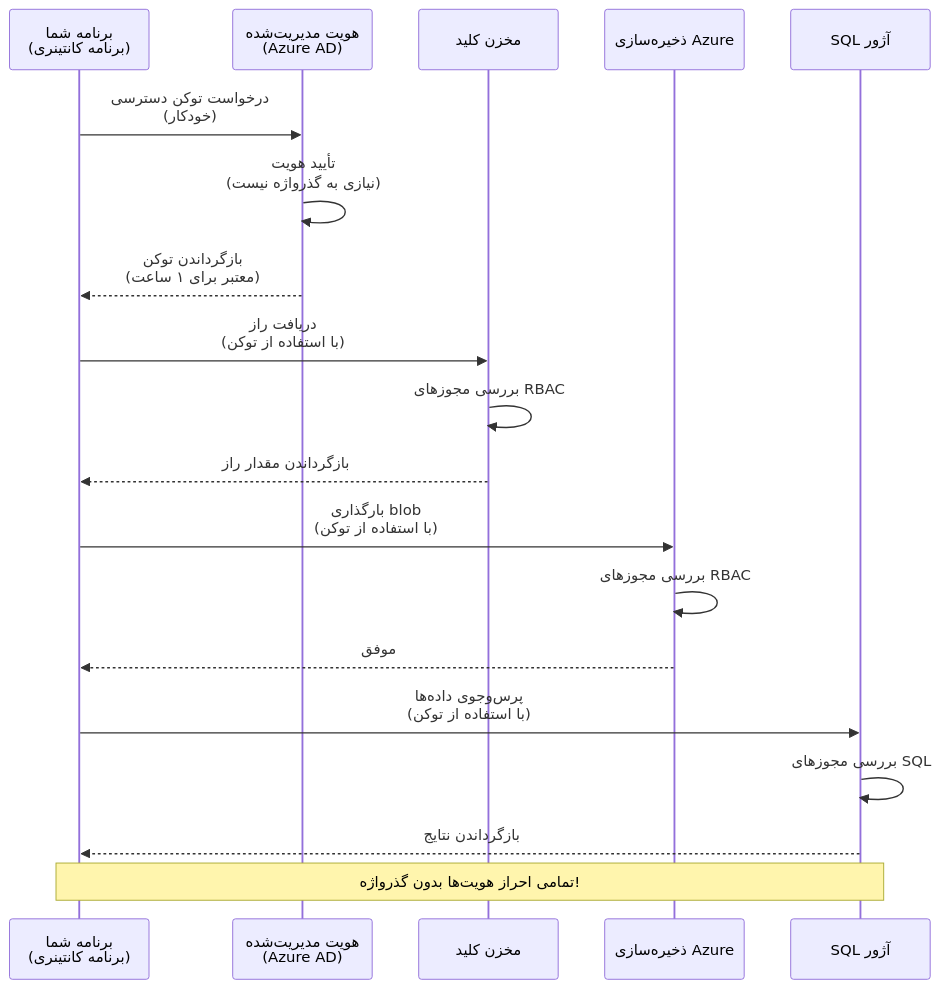
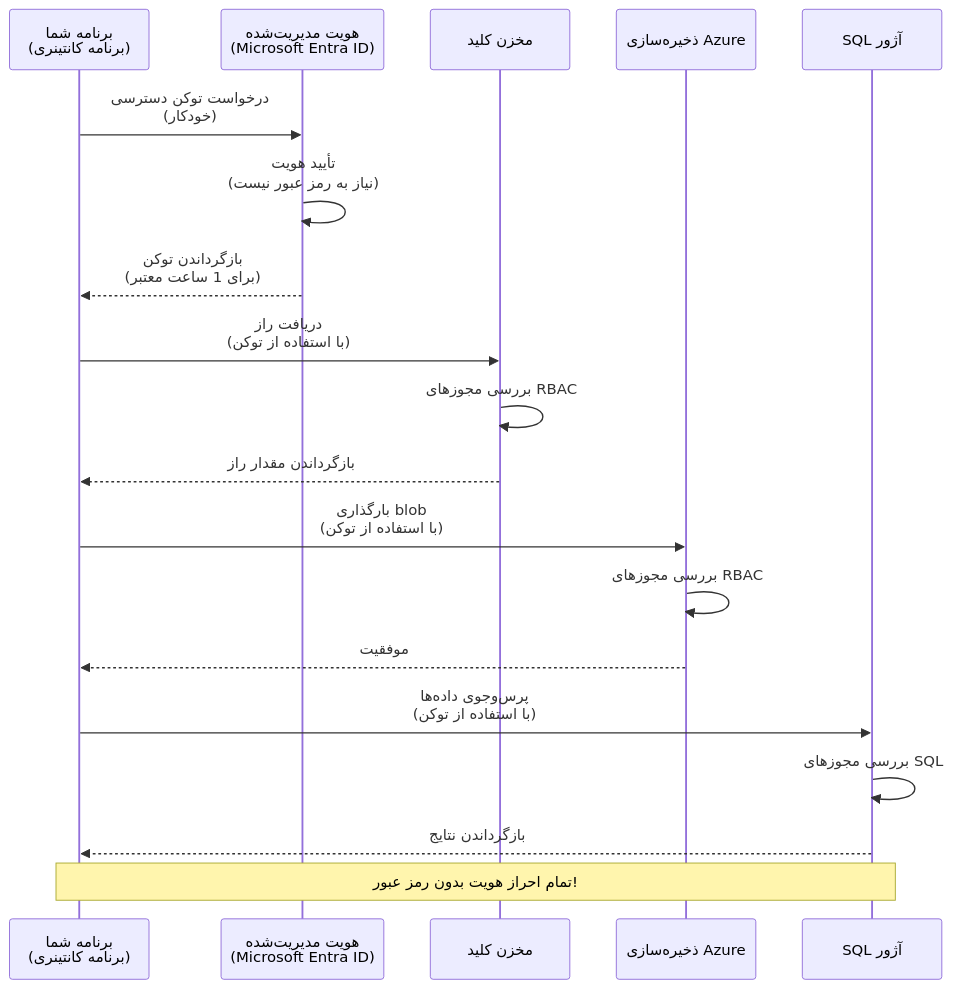
The first of 2 diagrams in translations/fa/docs/chapter-03-configuration/authsecurity.md (microsoft/AZD-for-beginners), drawn with Mermaid before and after one commit. The commit also changed other lines of this file and 104 other files, not shown here.

````diff
--- a/translations/fa/docs/chapter-03-configuration/authsecurity.md
+++ b/translations/fa/docs/chapter-03-configuration/authsecurity.md
@@ -69,26 +69,26 @@
 ```mermaid
 sequenceDiagram
     participant App as برنامه شما<br/>(برنامه کانتینری)
-    participant MI as هویت مدیریت‌شده<br/>(Azure AD)
+    participant MI as هویت مدیریت‌شده<br/>(Microsoft Entra ID)
     participant KV as مخزن کلید
     participant Storage as ذخیره‌سازی Azure
     participant DB as SQL آژور
     
     App->>MI: درخواست توکن دسترسی<br/>(خودکار)
-    MI->>MI: تأیید هویت<br/>(نیازی به گذرواژه نیست)
-    MI-->>App: بازگرداندن توکن<br/>(معتبر برای ۱ ساعت)
+    MI->>MI: تأیید هویت<br/>(نیاز به رمز عبور نیست)
+    MI-->>App: بازگرداندن توکن<br/>(برای 1 ساعت معتبر)
     
     App->>KV: دریافت راز<br/>(با استفاده از توکن)
     KV->>KV: بررسی مجوزهای RBAC
     KV-->>App: بازگرداندن مقدار راز
     
     App->>Storage: بارگذاری blob<br/>(با استفاده از توکن)
     Storage->>Storage: بررسی مجوزهای RBAC
-    Storage-->>App: موفق
+    Storage-->>App: موفقیت
     
     App->>DB: پرس‌وجوی داده‌ها<br/>(با استفاده از توکن)
     DB->>DB: بررسی مجوزهای SQL
     DB-->>App: بازگرداندن نتایج
     
-    Note over App,DB: تمامی احراز هویت‌ها بدون گذرواژه!
+    Note over App,DB: تمام احراز هویت بدون رمز عبور!
 ```
````
